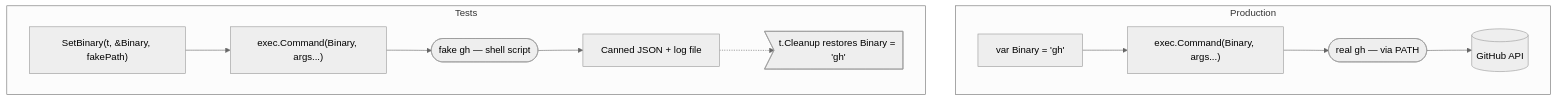
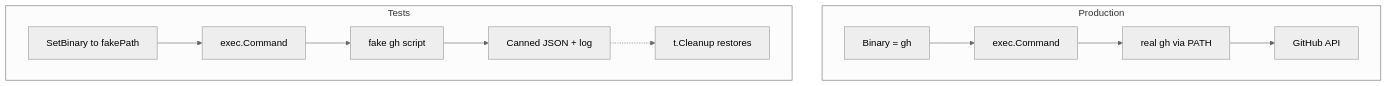
The third of 5 diagrams in www/src/content/blog/testing-cli-tools-that-shell-out.mdx (pavelpascari/sdf), drawn with Mermaid (neutral theme) before and after one commit. The commit also changed other lines of this file and 2 other files, not shown here.

First line of the commit message:
Fix mermaid diagram text clipping on mobile

````diff
--- a/www/src/content/blog/testing-cli-tools-that-shell-out.mdx
+++ b/www/src/content/blog/testing-cli-tools-that-shell-out.mdx
@@ -152,20 +152,20 @@
 ```mermaid
 graph TD
     subgraph Production
-        PB["var Binary = 'gh'"]
-        PE["exec.Command(Binary, args...)"]
-        PR(["real gh — via PATH"])
-        PA[("GitHub API")]
+        PB["Binary = gh"]
+        PE["exec.Command"]
+        PR["real gh via PATH"]
+        PA["GitHub API"]
         PB --> PE --> PR --> PA
     end
 
     subgraph Tests
-        TB["SetBinary(t, &Binary, fakePath)"]
-        TE["exec.Command(Binary, args...)"]
-        TR(["fake gh — shell script"])
-        TA["Canned JSON + log file"]
-        TC>"t.Cleanup restores Binary = 'gh'"]
+        TB["SetBinary to fakePath"]
+        TE["exec.Command"]
+        TR["fake gh script"]
+        TA["Canned JSON + log"]
+        TC["t.Cleanup restores"]
         TB --> TE --> TR --> TA
         TA -.-> TC
     end
 ```
````
